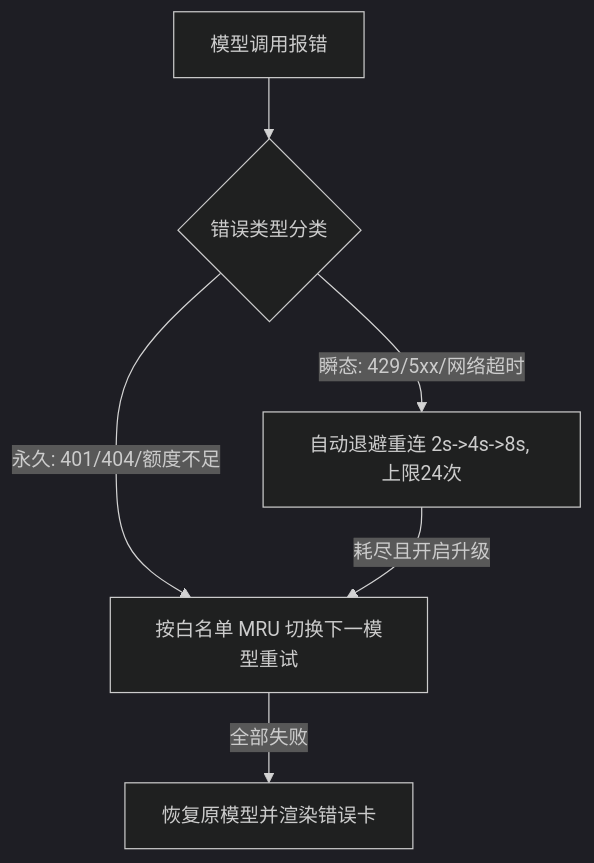
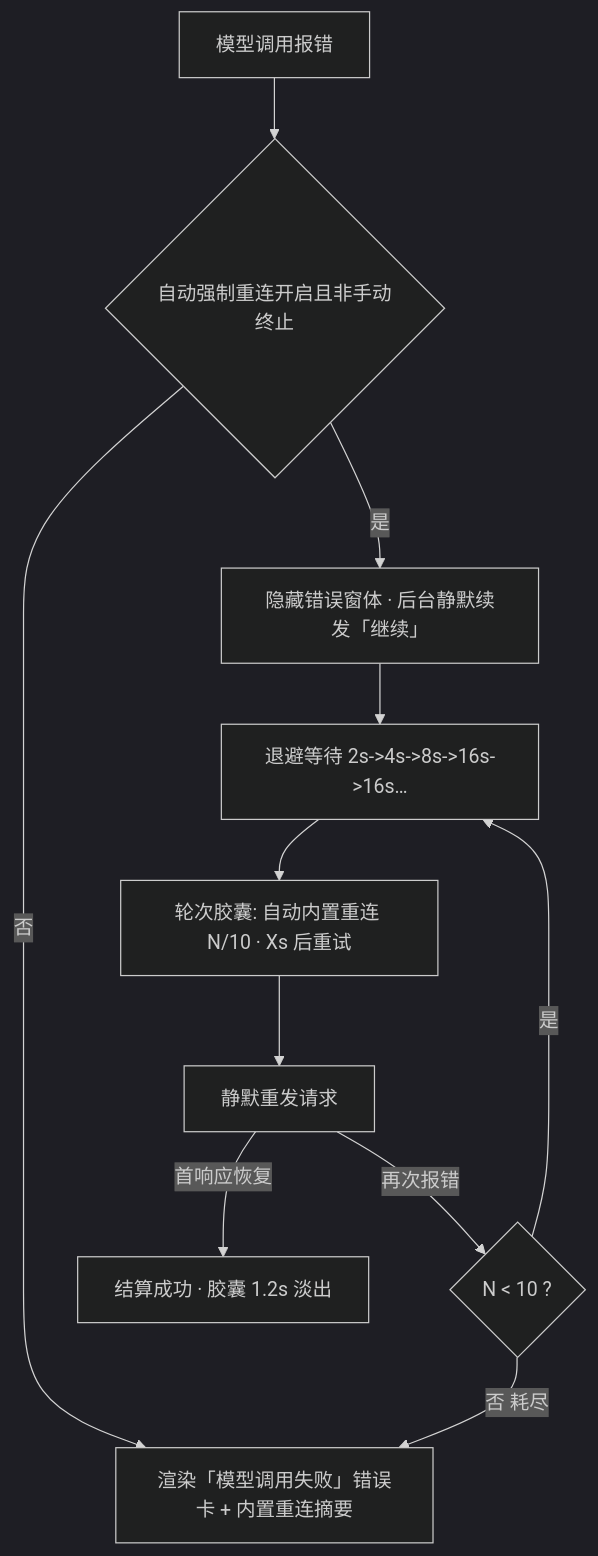
Before and after one commit to jiangyinluwei/pi-desktop-lite: the diagram in .agents/skills/flow-interaction-pattern/SKILL.md, drawn with Mermaid (dark theme). The commit also changed other lines of this file and 116 other files, not shown here.

````diff
--- a/.agents/skills/flow-interaction-pattern/SKILL.md
+++ b/.agents/skills/flow-interaction-pattern/SKILL.md
@@ -120,8 +150,13 @@
 ```mermaid
 flowchart TD
-    Err[模型调用报错] --> Classify{错误类型分类}
-    Classify -->|瞬态: 429/5xx/网络超时| Reconnect[自动退避重连 2s->4s->8s, 上限24次]
-    Classify -->|永久: 401/404/额度不足| Switch[按白名单 MRU 切换下一模型重试]
-    Reconnect -- 耗尽且开启升级 --> Switch
-    Switch -- 全部失败 --> Fallback[恢复原模型并渲染错误卡]
+    Err[模型调用报错] --> Gate{自动强制重连开启且非手动终止}
+    Gate -->|否| Fallback[直接渲染错误卡]
+    Gate -->|是| Silent[隐藏错误窗体 · 后台静默续发「继续」]
+    Silent --> Wait[退避等待 2s->4s->8s->16s->16s…]
+    Wait --> Capsule[轮次胶囊: 自动内置重连 N/10 · Xs 后重试]
+    Capsule --> Send[静默重发请求]
+    Send -->|首响应恢复| Succeed[结算成功 · 胶囊 1.2s 淡出]
+    Send -->|再次报错| Next{N < 10 ?}
+    Next -->|是| Wait
+    Next -->|否 耗尽| Fallback[渲染「模型调用失败」错误卡 + 内置重连摘要]
 ```
````
